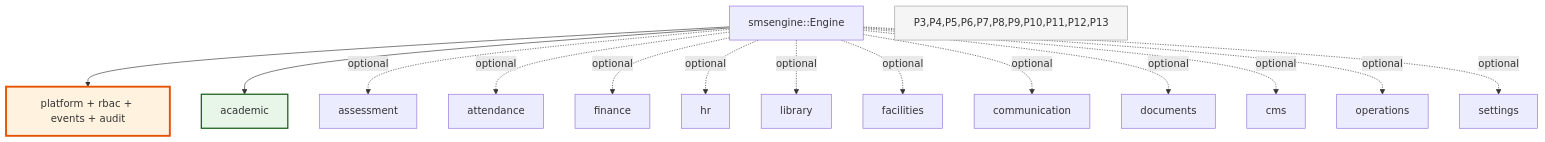
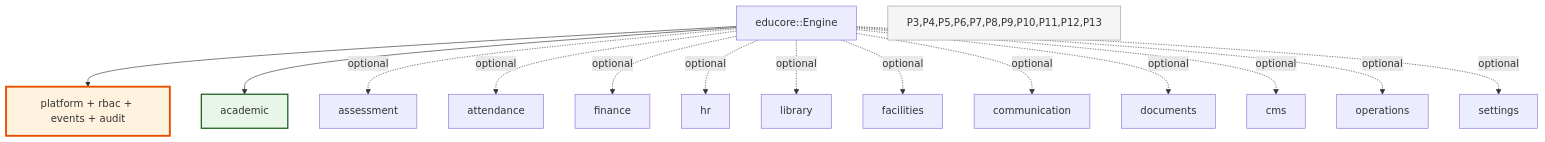
Before and after one commit to beznet22/educore: the fifth of 5 diagrams in docs/diagrams/domain-map.md, drawn with Mermaid. The commit also changed other lines of this file and 199 other files, not shown here.

````diff
--- a/docs/diagrams/domain-map.md
+++ b/docs/diagrams/domain-map.md
@@ -188,21 +188,21 @@
 ```mermaid
 graph TB
-    Engine["smsengine::Engine"]
+    Engine["educore::Engine"]
     Engine --> P1[platform + rbac + events + audit]
     Engine --> P2[academic]
     Engine -.optional.-> P3[assessment]
     Engine -.optional.-> P4[attendance]
     Engine -.optional.-> P5[finance]
     Engine -.optional.-> P6[hr]
     Engine -.optional.-> P7[library]
     Engine -.optional.-> P8[facilities]
     Engine -.optional.-> P9[communication]
     Engine -.optional.-> P10[documents]
     Engine -.optional.-> P11[cms]
     Engine -.optional.-> P12[operations]
     Engine -.optional.-> P13[settings]
 
     style P1 fill:#fff3e0,stroke:#e65100,stroke-width:3px
     style P2 fill:#e8f5e9,stroke:#1b5e20,stroke-width:2px
     style P3,P4,P5,P6,P7,P8,P9,P10,P11,P12,P13 fill:#f5f5f5,stroke:#9e9e9e
 ```
````
